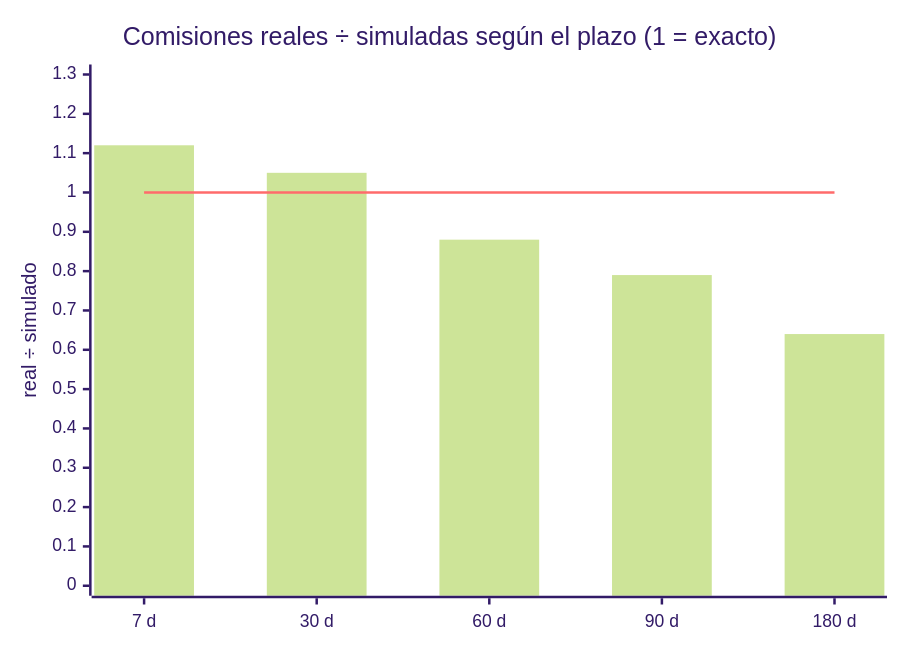
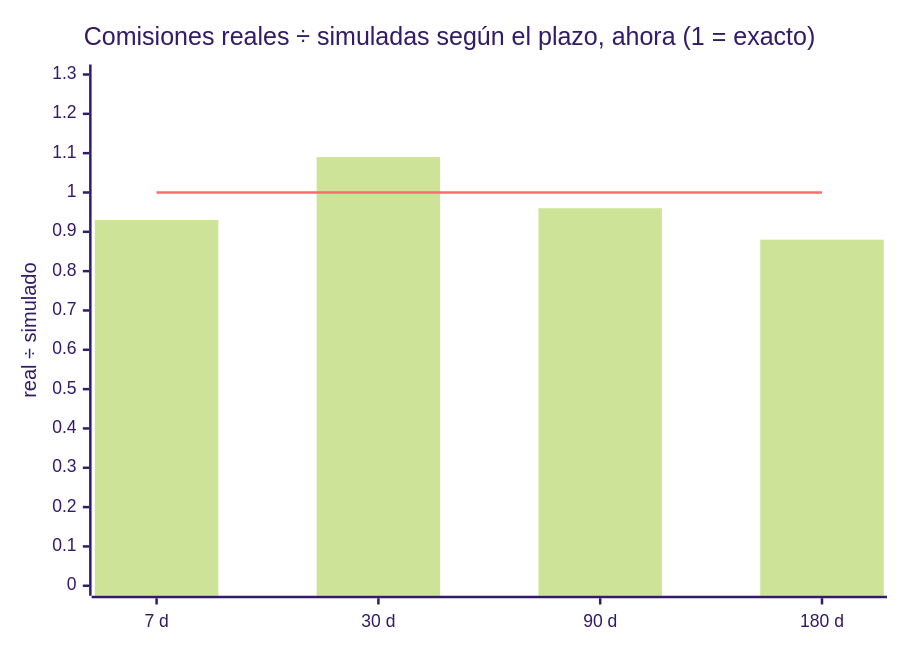
Before and after one commit to Caiico1/etapas-weinstein: the seventh of 7 diagrams in Guia Simulador.md, drawn with Mermaid (forest theme). The commit also changed other lines of this file and 10 other files, not shown here.

First line of the commit message:
Simulador: corrección de comisiones por plazo, (días/30)^-0,15 con ajuste 0,85

````diff
--- a/Guia Simulador.md
+++ b/Guia Simulador.md
@@ -333,8 +340,8 @@
 ```mermaid
 xychart-beta
-    title "Comisiones reales ÷ simuladas según el plazo (1 = exacto)"
-    x-axis ["7 d", "30 d", "60 d", "90 d", "180 d"]
+    title "Comisiones reales ÷ simuladas según el plazo, ahora (1 = exacto)"
+    x-axis ["7 d", "30 d", "90 d", "180 d"]
     y-axis "real ÷ simulado" 0 --> 1.3
-    bar [1.12, 1.05, 0.88, 0.79, 0.64]
-    line [1, 1, 1, 1, 1]
+    bar [0.93, 1.09, 0.96, 0.88]
+    line [1, 1, 1, 1]
 ```
````
